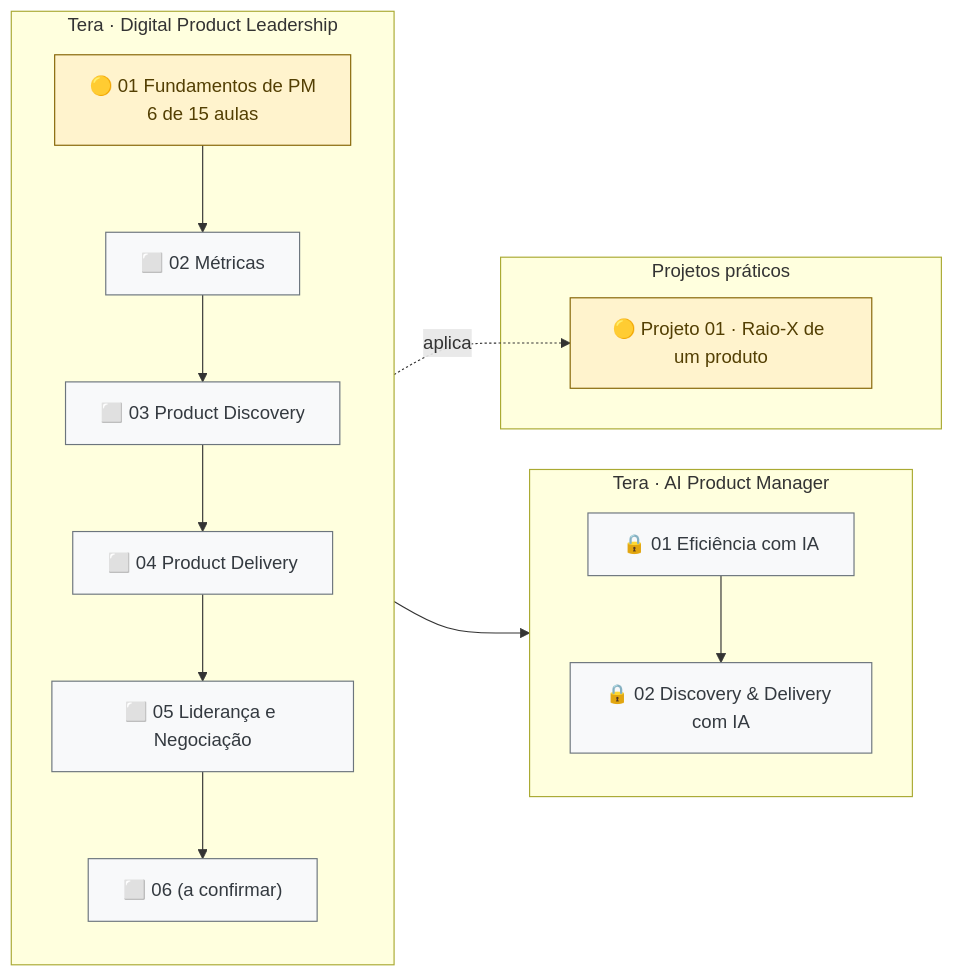
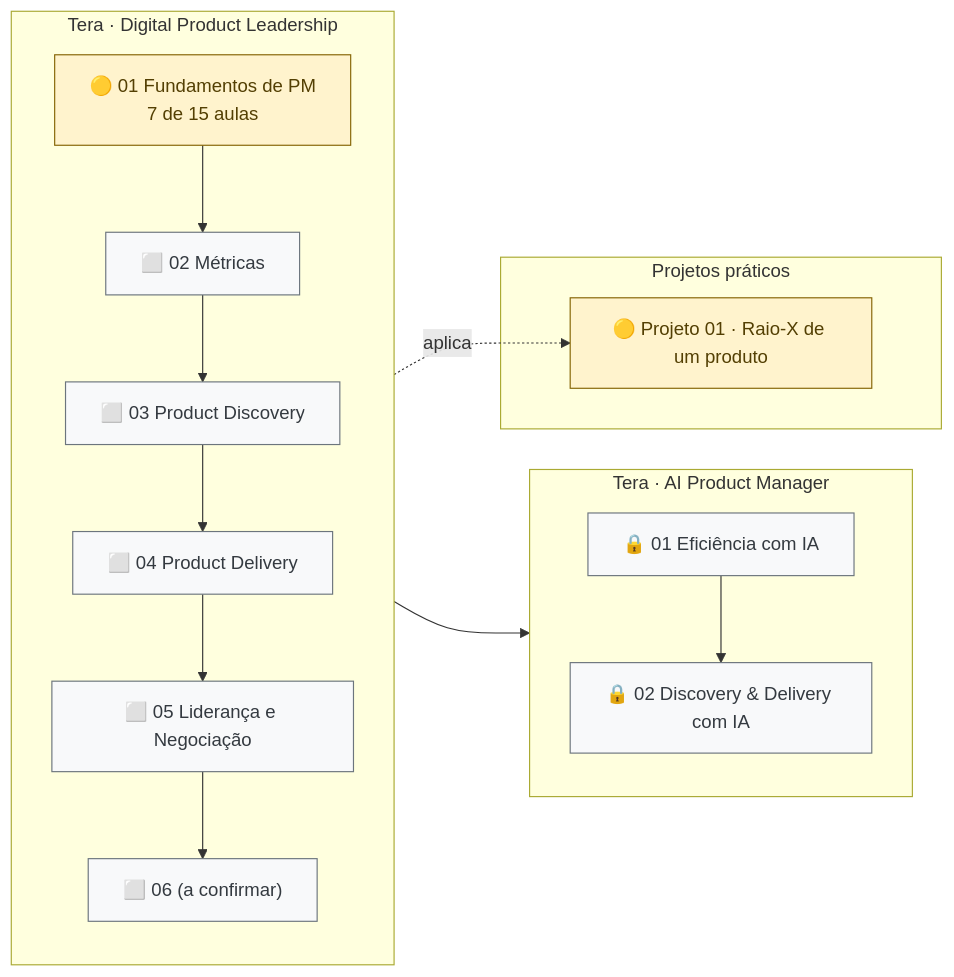
One commit to letsprown-code/po-learning-journal changed the first of 2 diagrams in mapa-de-estudos.md. Above: the diagram before and after it, drawn with Mermaid. The commit also changed other lines of this file and 9 other files, not shown here.

```diff
--- a/mapa-de-estudos.md
+++ b/mapa-de-estudos.md
@@ -10,29 +10,29 @@
 ~~~mermaid
 flowchart LR
     subgraph DPL[Tera · Digital Product Leadership]
       direction TB
-      M1["🟡 01 Fundamentos de PM<br/>6 de 15 aulas"]
+      M1["🟡 01 Fundamentos de PM<br/>7 de 15 aulas"]
       M2["⬜ 02 Métricas"]
       M3["⬜ 03 Product Discovery"]
       M4["⬜ 04 Product Delivery"]
       M5["⬜ 05 Liderança e Negociação"]
       M6["⬜ 06 (a confirmar)"]
       M1 --> M2 --> M3 --> M4 --> M5 --> M6
     end
     subgraph AIPM[Tera · AI Product Manager]
       direction TB
       A1["🔒 01 Eficiência com IA"]
       A2["🔒 02 Discovery & Delivery com IA"]
       A1 --> A2
     end
     M6 --> A1
     subgraph PROJ[Projetos práticos]
       P1["🟡 Projeto 01 · Raio-X de um produto"]
     end
     M1 -.aplica.-> P1
     classDef done fill:#d4edda,stroke:#155724,color:#155724
     classDef doing fill:#fff3cd,stroke:#856404,color:#533f03
     classDef todo fill:#f8f9fa,stroke:#6c757d,color:#343a40
     class M1,P1 doing
     class M2,M3,M4,M5,M6,A1,A2 todo
 ~~~
```
